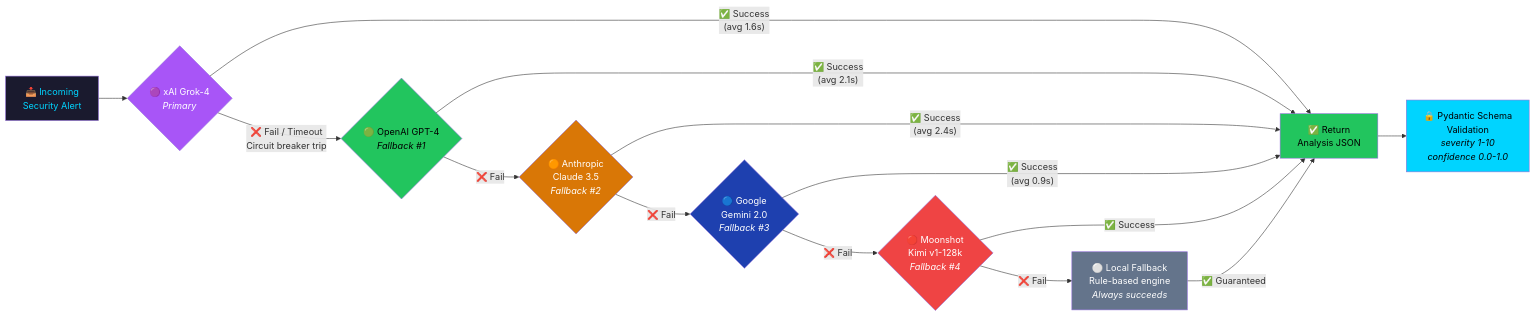
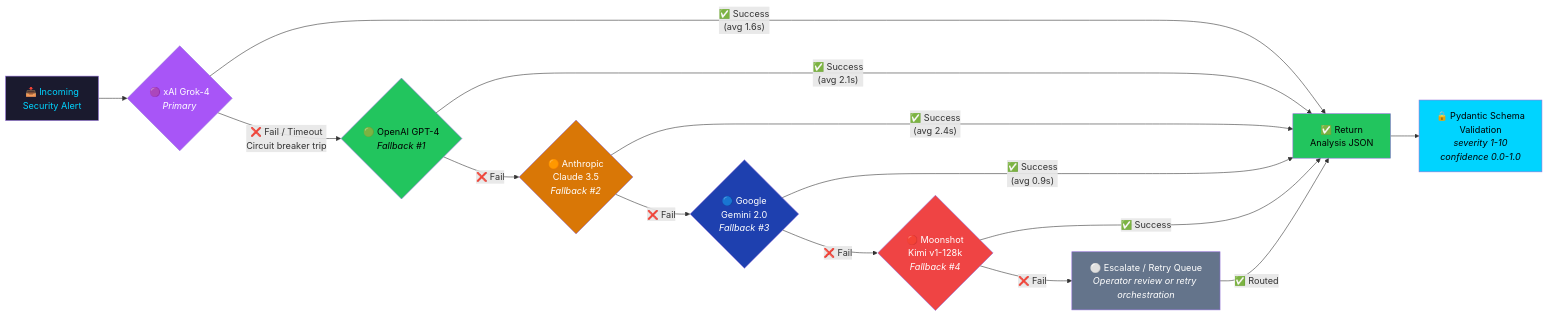
Before and after one commit to Alqaly/smart-city-ids: the seventh of 20 diagrams in docs/CAPSTONE_FIGURES.md, drawn with Mermaid. The commit also changed other lines of this file and 103 other files, not shown here.

````diff
--- a/docs/CAPSTONE_FIGURES.md
+++ b/docs/CAPSTONE_FIGURES.md
@@ -353,27 +353,27 @@
 ```mermaid
 graph LR
     ALERT["📥 Incoming<br/>Security Alert"] --> CB1{"🟣 xAI Grok-4<br/><i>Primary</i>"}
     CB1 -->|"✅ Success<br/>(avg 1.6s)"| RESULT["✅ Return<br/>Analysis JSON"]
     CB1 -->|"❌ Fail / Timeout<br/>Circuit breaker trip"| CB2{"🟢 OpenAI GPT-4<br/><i>Fallback #1</i>"}
     CB2 -->|"✅ Success<br/>(avg 2.1s)"| RESULT
     CB2 -->|"❌ Fail"| CB3{"🟠 Anthropic<br/>Claude 3.5<br/><i>Fallback #2</i>"}
     CB3 -->|"✅ Success<br/>(avg 2.4s)"| RESULT
     CB3 -->|"❌ Fail"| CB4{"🔵 Google<br/>Gemini 2.0<br/><i>Fallback #3</i>"}
     CB4 -->|"✅ Success<br/>(avg 0.9s)"| RESULT
     CB4 -->|"❌ Fail"| CB5{"🔴 Moonshot<br/>Kimi v1-128k<br/><i>Fallback #4</i>"}
     CB5 -->|"✅ Success"| RESULT
-    CB5 -->|"❌ Fail"| CB6["⚪ Local Fallback<br/>Rule-based engine<br/><i>Always succeeds</i>"]
-    CB6 -->|"✅ Guaranteed"| RESULT
+    CB5 -->|"❌ Fail"| CB6["⚪ Escalate / Retry Queue<br/><i>Operator review or retry orchestration</i>"]
+    CB6 -->|"✅ Routed"| RESULT
 
     RESULT --> VALIDATE["🔒 Pydantic Schema<br/>Validation<br/><i>severity 1-10<br/>confidence 0.0-1.0</i>"]
 
     style ALERT fill:#1a1a2e,color:#00d4ff
     style CB1 fill:#a855f7,color:#fff
     style CB2 fill:#22c55e,color:#000
     style CB3 fill:#d97706,color:#fff
     style CB4 fill:#1e40af,color:#fff
     style CB5 fill:#ef4444,color:#fff
     style CB6 fill:#64748b,color:#fff
     style RESULT fill:#22c55e,color:#000
     style VALIDATE fill:#00d4ff,color:#000
 ```
````
